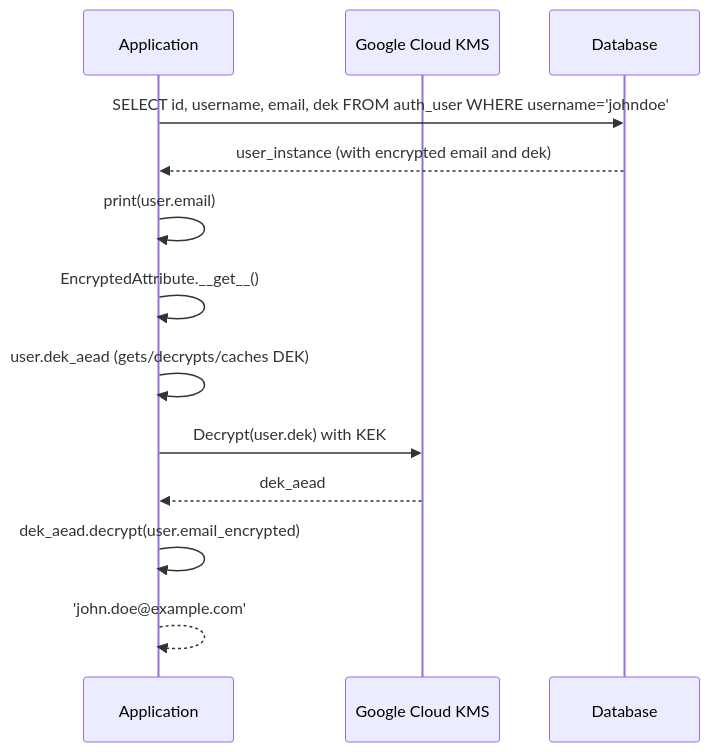
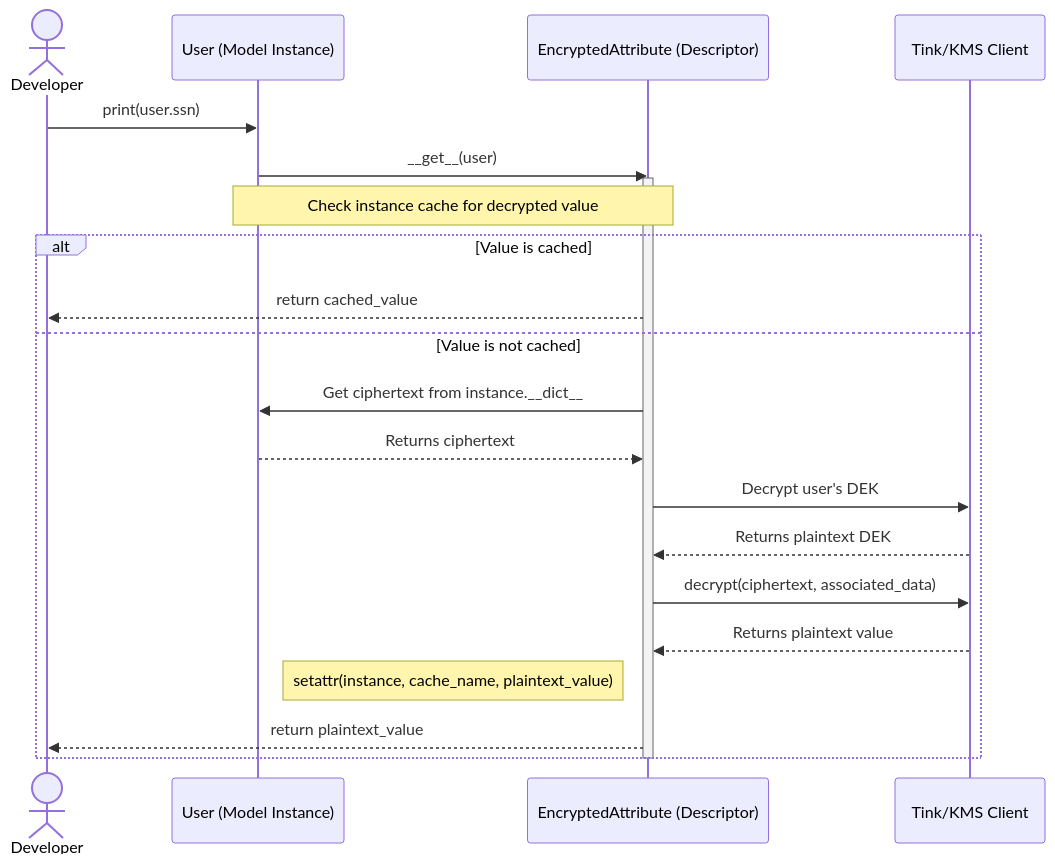
Before and after one commit to ocadotechnology/codeforlife-package-python: the third of 4 diagrams in docs/client-side-encryption.md, drawn with Mermaid. The commit also changed other lines of this file and 4 other files, not shown here.

````diff
--- a/docs/client-side-encryption.md
+++ b/docs/client-side-encryption.md
@@ -186,16 +234,26 @@
 ```mermaid
 sequenceDiagram
-    participant App as Application
-    participant KMS as Google Cloud KMS
-    participant DB as Database
+    actor Developer
+    participant User as User (Model Instance)
+    participant EncryptedAttribute as EncryptedAttribute (Descriptor)
+    participant GcpKmsClient as Tink/KMS Client
 
-    App->>DB: SELECT id, username, email, dek FROM auth_user WHERE username='johndoe'
-    DB-->>App: user_instance (with encrypted email and dek)
-    App->>App: print(user.email)
-    App->>App: EncryptedAttribute.__get__()
-    App->>App: user.dek_aead (gets/decrypts/caches DEK)
-    App->>KMS: Decrypt(user.dek) with KEK
-    KMS-->>App: dek_aead
-    App->>App: dek_aead.decrypt(user.email_encrypted)
-    App-->>App: 'john.doe@example.com'
+    Developer->>User: print(user.ssn)
+    User->>EncryptedAttribute: __get__(user)
+    activate EncryptedAttribute
+
+    Note over User, EncryptedAttribute: Check instance cache for decrypted value
+    alt Value is cached
+        EncryptedAttribute-->>Developer: return cached_value
+    else Value is not cached
+        EncryptedAttribute->>User: Get ciphertext from instance.__dict__
+        User-->>EncryptedAttribute: Returns ciphertext
+        EncryptedAttribute->>GcpKmsClient: Decrypt user's DEK
+        GcpKmsClient-->>EncryptedAttribute: Returns plaintext DEK
+        EncryptedAttribute->>GcpKmsClient: decrypt(ciphertext, associated_data)
+        GcpKmsClient-->>EncryptedAttribute: Returns plaintext value
+        Note left of EncryptedAttribute: setattr(instance, cache_name, plaintext_value)
+        EncryptedAttribute-->>Developer: return plaintext_value
+    end
+    deactivate EncryptedAttribute
 ```
````
